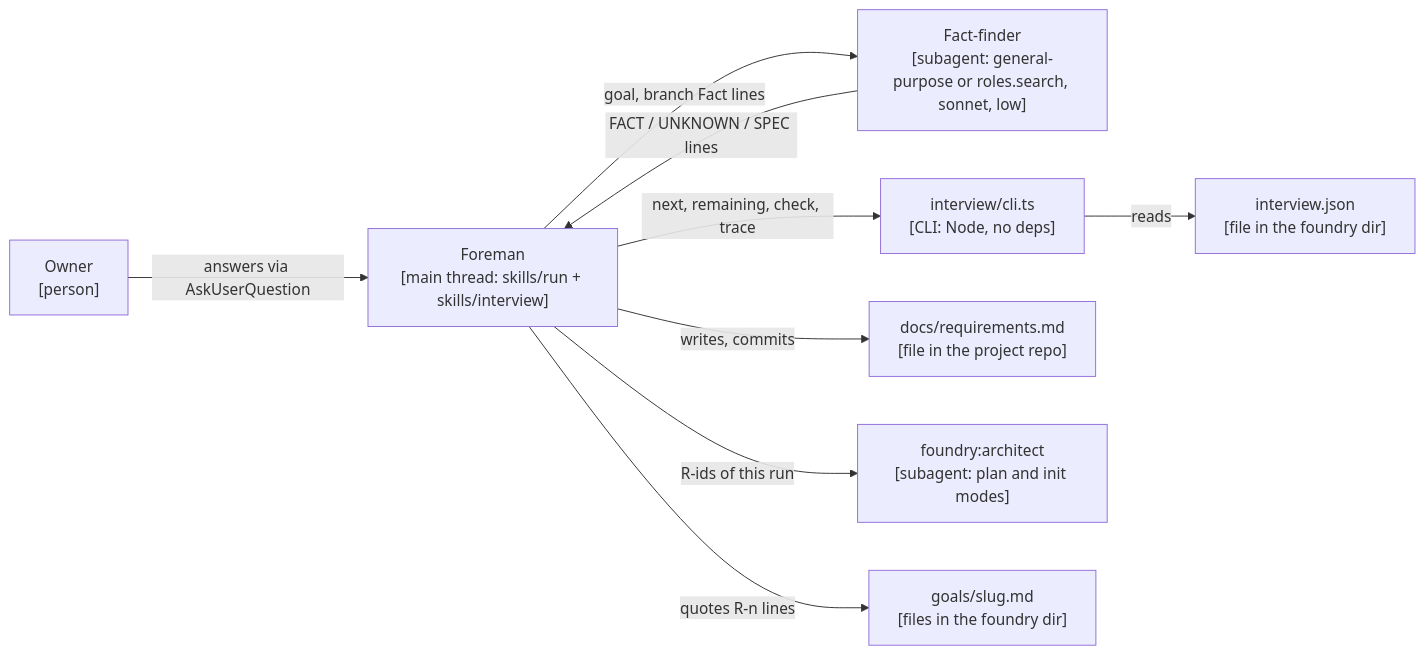
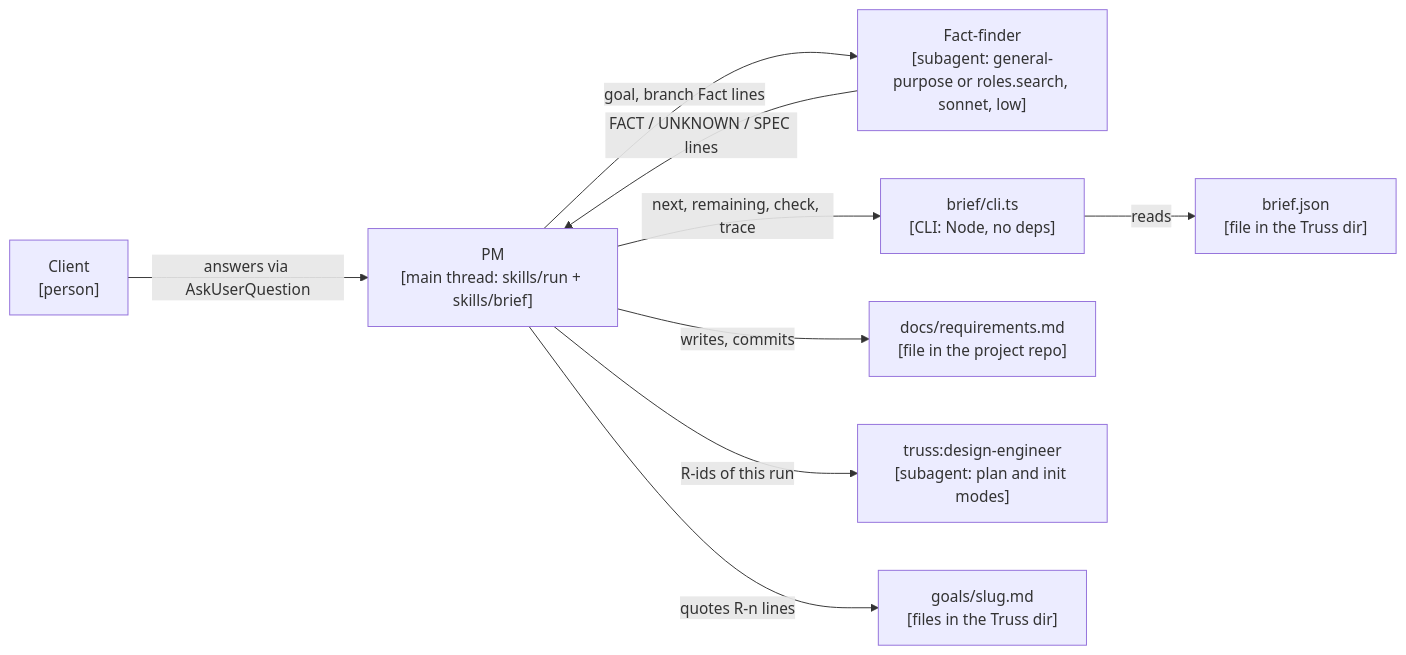
One commit to AbhiramDwivedi/truss changed the first of 2 diagrams in docs/adr/0008-owner-interview.md. Above: the diagram before and after it, drawn with Mermaid. The commit also changed other lines of this file and 61 other files, not shown here.

First line of the commit message:
refactor!: rename foundry to Truss (code, prompts, docs)

````diff
--- a/docs/adr/0008-owner-interview.md
+++ b/docs/adr/0008-owner-interview.md
@@ -30,19 +30,19 @@
 ```mermaid
 flowchart LR
-  owner["Owner<br/>[person]"]
-  fore["Foreman<br/>[main thread: skills/run + skills/interview]"]
+  client["Client<br/>[person]"]
+  fore["PM<br/>[main thread: skills/run + skills/brief]"]
   facts["Fact-finder<br/>[subagent: general-purpose or roles.search, sonnet, low]"]
-  cli["interview/cli.ts<br/>[CLI: Node, no deps]"]
+  cli["brief/cli.ts<br/>[CLI: Node, no deps]"]
   req["docs/requirements.md<br/>[file in the project repo]"]
-  state["interview.json<br/>[file in the foundry dir]"]
-  arch["foundry:architect<br/>[subagent: plan and init modes]"]
-  goals["goals/slug.md<br/>[files in the foundry dir]"]
-  owner -- "answers via AskUserQuestion" --> fore
+  state["brief.json<br/>[file in the Truss dir]"]
+  arch["truss:design-engineer<br/>[subagent: plan and init modes]"]
+  goals["goals/slug.md<br/>[files in the Truss dir]"]
+  client -- "answers via AskUserQuestion" --> fore
   fore -- "goal, branch Fact lines" --> facts
   facts -- "FACT / UNKNOWN / SPEC lines" --> fore
   fore -- "next, remaining, check, trace" --> cli
   cli -- "reads" --> state
   fore -- "writes, commits" --> req
   fore -- "R-ids of this run" --> arch
   fore -- "quotes R-n lines" --> goals
 ```
````
